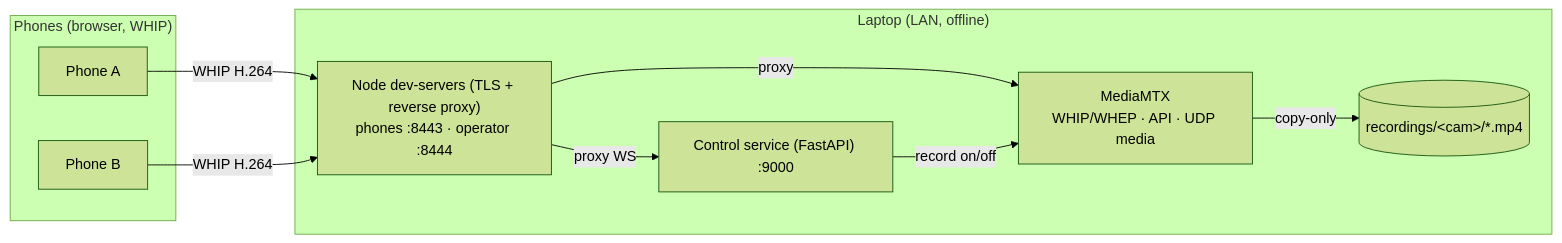
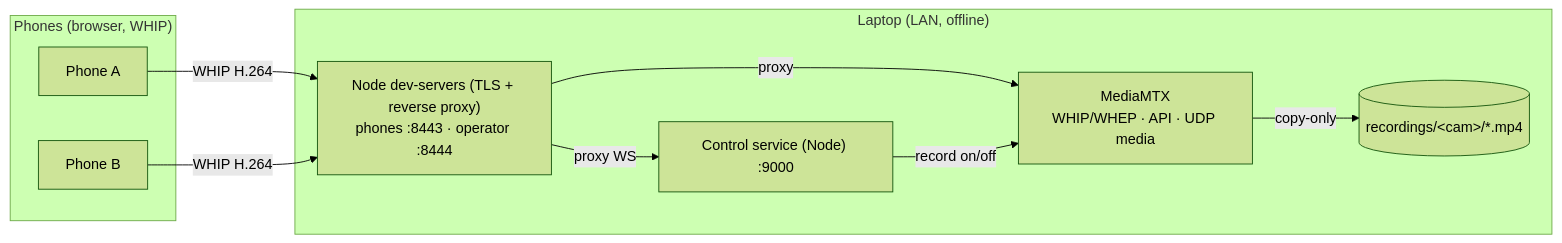
The diagram in README.md (NicolaasGrobler/idle-stream), drawn with Mermaid (forest theme) before and after one commit. The commit also changed other lines of this file and 1 other file, not shown here.

First line of the commit message:
Docs: control service is Node, no Python prerequisite

````diff
--- a/README.md
+++ b/README.md
@@ -21,18 +21,18 @@
 ```mermaid
 graph LR
   subgraph Phones["Phones (browser, WHIP)"]
     P1[Phone A]
     P2[Phone B]
   end
   subgraph Laptop["Laptop (LAN, offline)"]
     EDGE["Node dev-servers (TLS + reverse proxy)<br/>phones :8443 · operator :8444"]
-    CTRL["Control service (FastAPI) :9000"]
+    CTRL["Control service (Node) :9000"]
     MMTX["MediaMTX<br/>WHIP/WHEP · API · UDP media"]
     DISK[("recordings/&lt;cam&gt;/*.mp4")]
   end
   P1 & P2 -->|WHIP H.264| EDGE
   EDGE -->|proxy| MMTX
   EDGE -->|proxy WS| CTRL
   CTRL -->|record on/off| MMTX
   MMTX -->|copy-only| DISK
 ```
````
